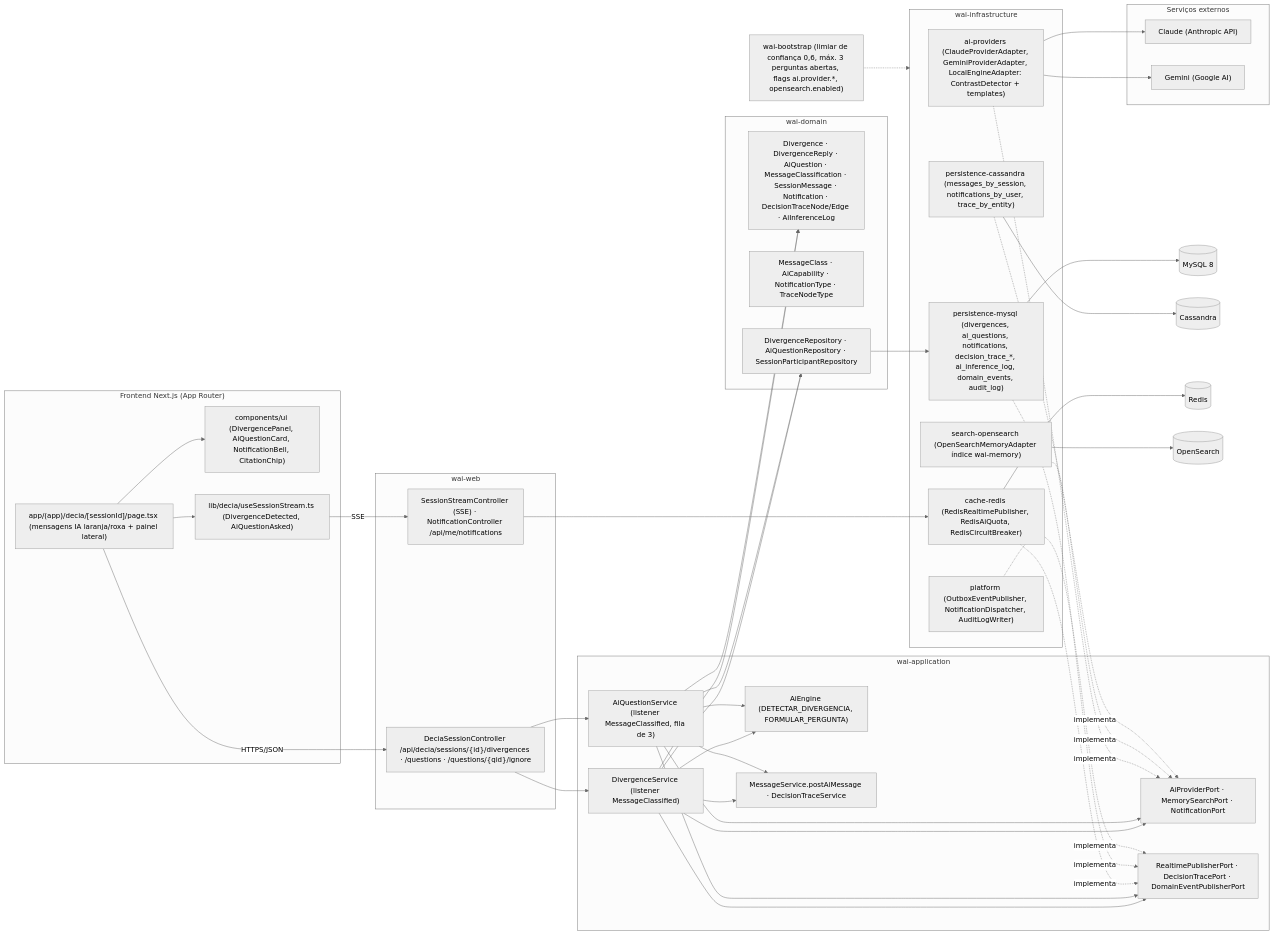
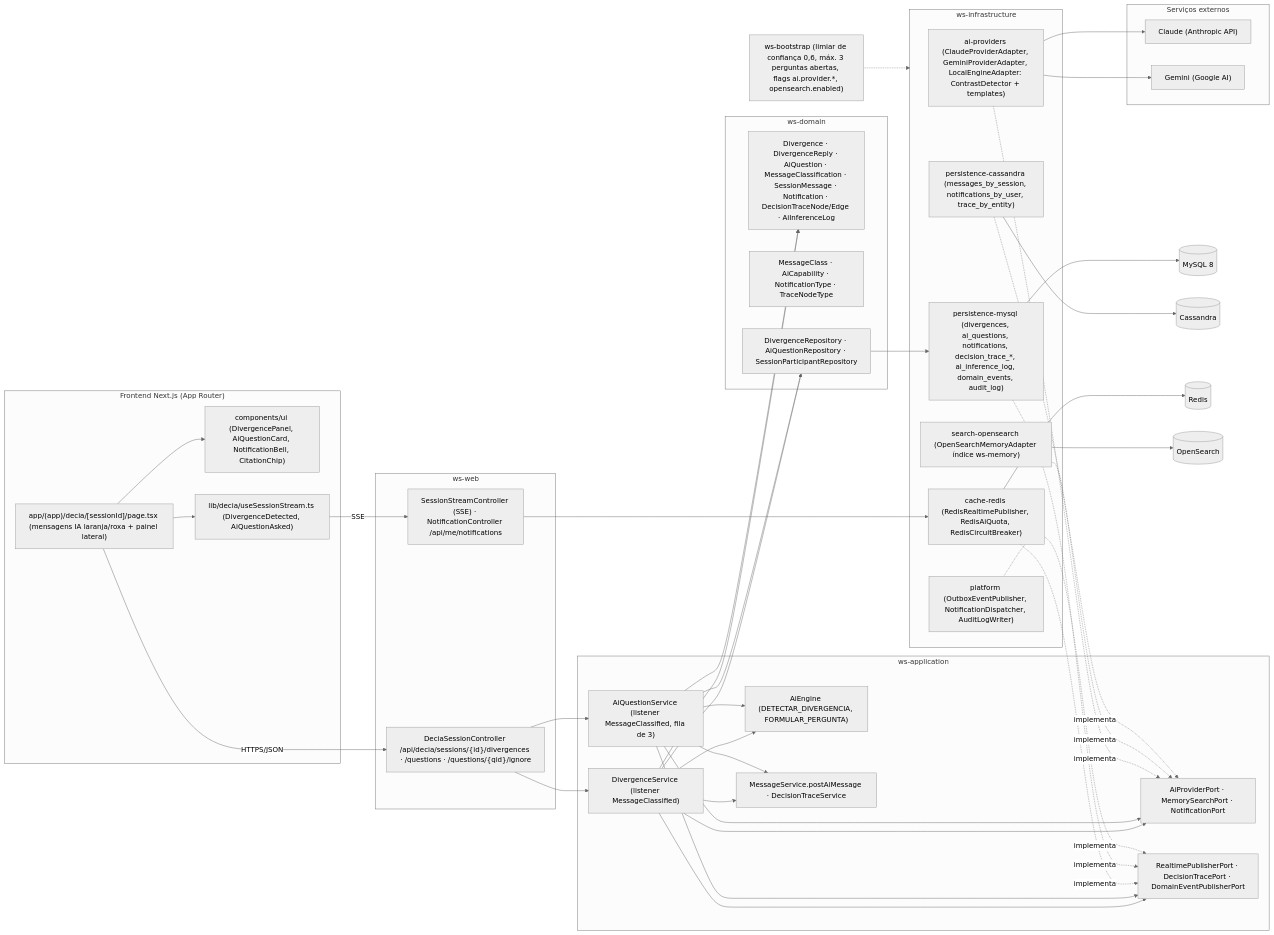
The fifth of 5 diagrams in docs/diagramas/RF8/README.md (MatheusHaliski/Decia-app-2026), drawn with Mermaid (neutral theme) before and after one commit. The commit also changed other lines of this file and 65 other files, not shown here.

First line of the commit message:
docs: renomeia o produto para Work Station (módulos ws-*), UserPreferences no diagrama v1, RF44/RF45 ajustados, design system (tokens, components.css, 66 ícones, 112 anatomias SVG, galeria e capturas) e dúvidas Q-36..Q-43

````diff
--- a/docs/diagramas/RF8/README.md
+++ b/docs/diagramas/RF8/README.md
@@ -438,81 +438,81 @@
 ```mermaid
 flowchart LR
   subgraph FE["Frontend Next.js (App Router)"]
     FE1["app/(app)/decia/[sessionId]/page.tsx (mensagens IA laranja/roxa + painel lateral)"]
     FE2["components/ui (DivergencePanel, AiQuestionCard, NotificationBell, CitationChip)"]
     FE3["lib/decia/useSessionStream.ts (DivergenceDetected, AiQuestionAsked)"]
   end
 
-  subgraph WEB["wai-web"]
+  subgraph WEB["ws-web"]
     W1["DeciaSessionController /api/decia/sessions/{id}/divergences · /questions · /questions/{qid}/ignore"]
     W2["SessionStreamController (SSE) · NotificationController /api/me/notifications"]
   end
 
-  subgraph APP["wai-application"]
+  subgraph APP["ws-application"]
     S1["DivergenceService (listener MessageClassified)"]
     S2["AiQuestionService (listener MessageClassified, fila de 3)"]
     S3["AiEngine (DETECTAR_DIVERGENCIA, FORMULAR_PERGUNTA)"]
     S4["MessageService.postAiMessage · DecisionTraceService"]
     P1["AiProviderPort · MemorySearchPort · NotificationPort"]
     P2["RealtimePublisherPort · DecisionTracePort · DomainEventPublisherPort"]
   end
 
-  subgraph DOM["wai-domain"]
+  subgraph DOM["ws-domain"]
     D1["Divergence · DivergenceReply · AiQuestion · MessageClassification · SessionMessage · Notification · DecisionTraceNode/Edge · AiInferenceLog"]
     D2["MessageClass · AiCapability · NotificationType · TraceNodeType"]
     D3["DivergenceRepository · AiQuestionRepository · SessionParticipantRepository"]
   end
 
-  subgraph INFRA["wai-infrastructure"]
+  subgraph INFRA["ws-infrastructure"]
     I1["ai-providers (ClaudeProviderAdapter, GeminiProviderAdapter, LocalEngineAdapter: ContrastDetector + templates)"]
-    I2["search-opensearch (OpenSearchMemoryAdapter índice wai-memory)"]
+    I2["search-opensearch (OpenSearchMemoryAdapter índice ws-memory)"]
     I3["persistence-mysql (divergences, ai_questions, notifications, decision_trace_*, ai_inference_log, domain_events, audit_log)"]
     I4["persistence-cassandra (messages_by_session, notifications_by_user, trace_by_entity)"]
     I5["cache-redis (RedisRealtimePublisher, RedisAiQuota, RedisCircuitBreaker)"]
     I6["platform (OutboxEventPublisher, NotificationDispatcher, AuditLogWriter)"]
   end
 
   subgraph EXT["Serviços externos"]
     X1["Claude (Anthropic API)"]
     X2["Gemini (Google AI)"]
   end
 
   MY[("MySQL 8")]
   CA[("Cassandra")]
   RD[("Redis")]
   OSB[("OpenSearch")]
 
   FE1 --> FE2
   FE1 --> FE3
   FE1 -->|HTTPS/JSON| W1
   FE3 -->|SSE| W2
   W1 --> S1
   W1 --> S2
   S1 --> S3
   S2 --> S3
   S1 --> S4
   S2 --> S4
   S1 --> P1
   S2 --> P1
   S1 --> P2
   S2 --> P2
   S1 --> D1
   S2 --> D1
   S1 --> D3
   S2 --> D3
   I1 -.->|implementa| P1
   I2 -.->|implementa| P1
   I4 -.->|implementa| P1
   I5 -.->|implementa| P2
   I3 -.->|implementa| P2
   I6 -.->|implementa| P2
   I1 --> X1
   I1 --> X2
   W2 --> I5
   D3 --> I3
   I3 --> MY
   I4 --> CA
   I5 --> RD
   I2 --> OSB
-  BOOT["wai-bootstrap (limiar de confiança 0,6, máx. 3 perguntas abertas, flags ai.provider.*, opensearch.enabled)"] -.-> INFRA
+  BOOT["ws-bootstrap (limiar de confiança 0,6, máx. 3 perguntas abertas, flags ai.provider.*, opensearch.enabled)"] -.-> INFRA
 ```
````
